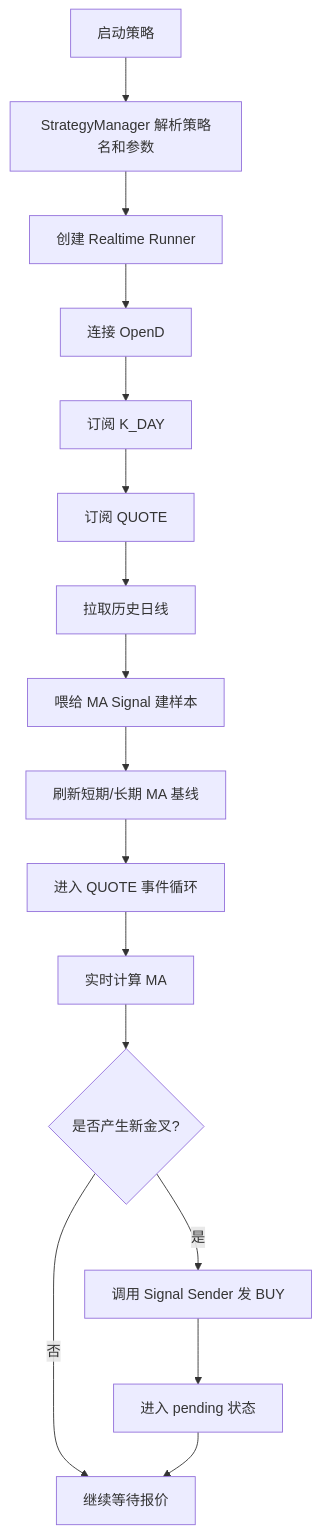
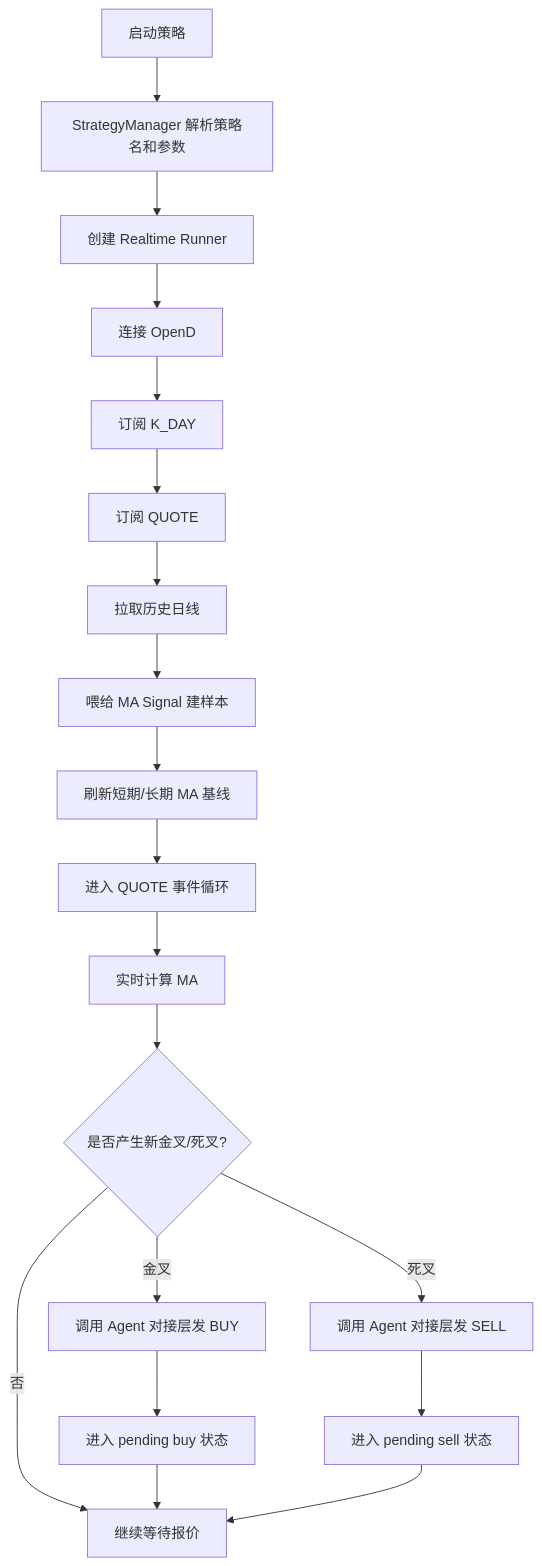
Before and after one commit to JasperLai/quant-trading-system: the fourth of 4 diagrams in docs/STRATEGY_ARCHITECTURE.md, drawn with Mermaid. The commit also changed other lines of this file and 15 other files, not shown here.

````diff
--- a/docs/STRATEGY_ARCHITECTURE.md
+++ b/docs/STRATEGY_ARCHITECTURE.md
@@ -393,18 +456,21 @@
 ```mermaid
 flowchart TD
     A["启动策略"] --> B["StrategyManager 解析策略名和参数"]
     B --> C["创建 Realtime Runner"]
     C --> D["连接 OpenD"]
     D --> E["订阅 K_DAY"]
     E --> F["订阅 QUOTE"]
     F --> G["拉取历史日线"]
     G --> H["喂给 MA Signal 建样本"]
     H --> I["刷新短期/长期 MA 基线"]
     I --> J["进入 QUOTE 事件循环"]
     J --> K["实时计算 MA"]
-    K --> L{"是否产生新金叉?"}
+    K --> L{"是否产生新金叉/死叉?"}
     L -- 否 --> M["继续等待报价"]
-    L -- 是 --> N["调用 Signal Sender 发 BUY"]
-    N --> O["进入 pending 状态"]
-    O --> M
+    L -- 金叉 --> N["调用 Agent 对接层发 BUY"]
+    L -- 死叉 --> O["调用 Agent 对接层发 SELL"]
+    N --> P["进入 pending buy 状态"]
+    O --> Q["进入 pending sell 状态"]
+    P --> M
+    Q --> M
 ```
````
